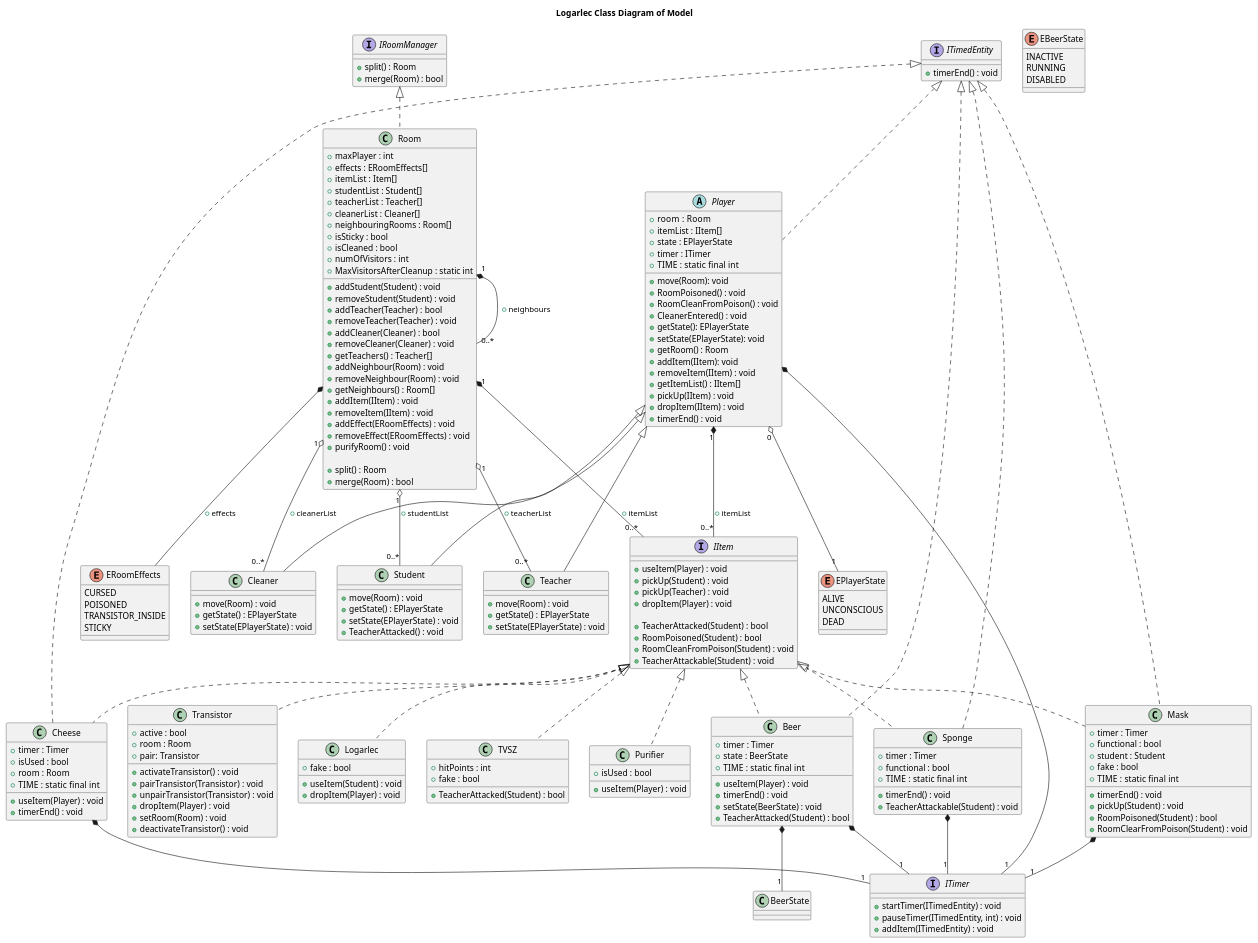
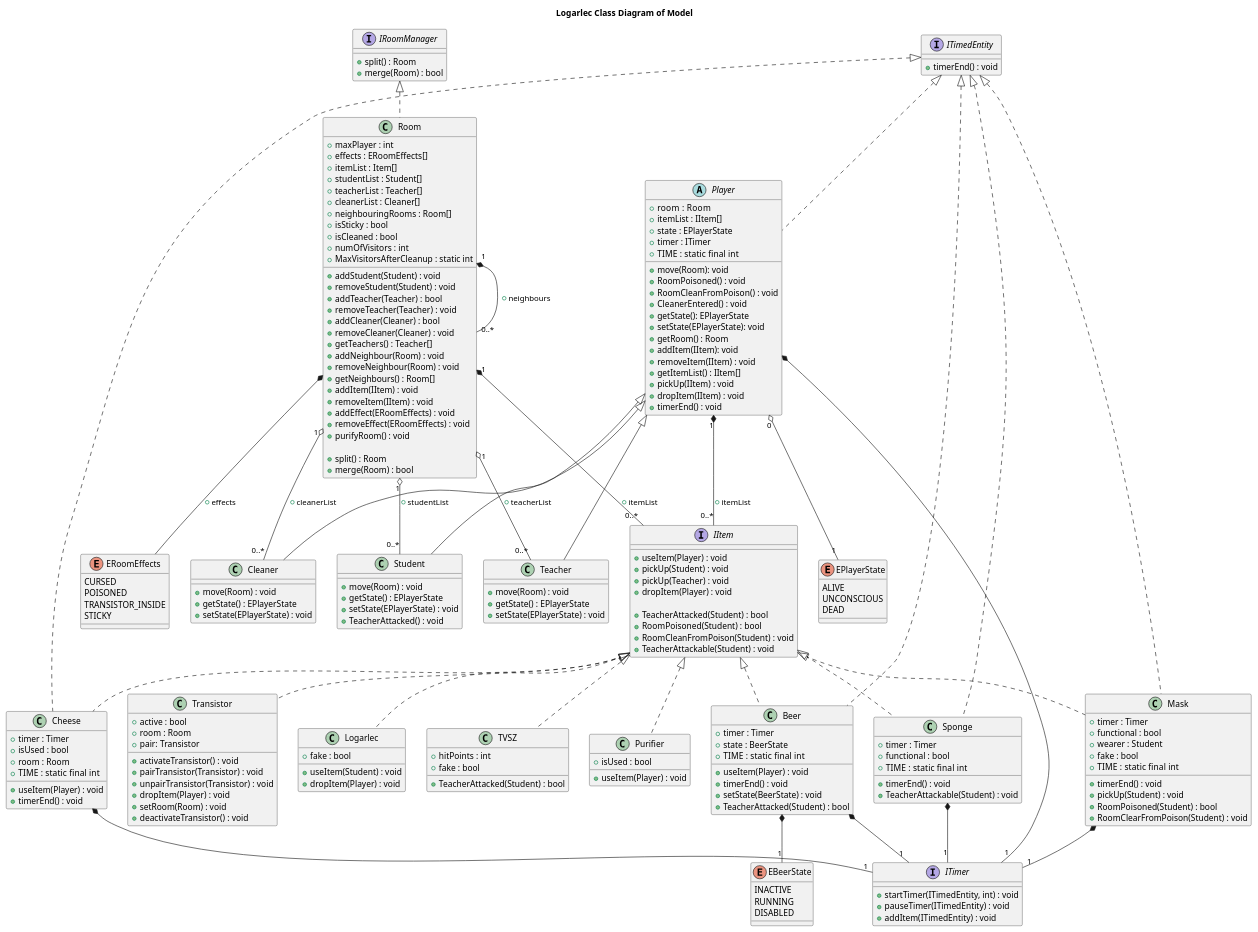
The diagram in docs/Class_UML.plantuml (MBakter/echo), drawn with PlantUML before and after one commit. The commit also changed 11 other files, not shown here.

Commit message:
Modified controller, classUML and added activity diagrams

```diff
--- a/docs/Class_UML.plantuml
+++ b/docs/Class_UML.plantuml
@@ -83,7 +83,7 @@
     + useItem(Player) : void
     + pickUp(Student) : void
     + pickUp(Teacher) : void
-    + dropItem(Player) : void
+    + dropItem(Player) : void 
 
     + TeacherAttacked(Student) : bool
     + RoomPoisoned(Student) : bool
@@ -118,8 +118,8 @@
 }
 
 interface ITimer {
-    + startTimer(ITimedEntity) : void
-    + pauseTimer(ITimedEntity, int) : void
+    + startTimer(ITimedEntity, int) : void
+    + pauseTimer(ITimedEntity) : void
     + addItem(ITimedEntity) : void
 }
 
@@ -163,13 +163,13 @@
     + setState(BeerState) : void
     + TeacherAttacked(Student) : bool
 }
-Beer *-- "1" BeerState
+Beer *-- "1" EBeerState
 Beer *--"1" ITimer
 
 class Mask implements IItem, ITimedEntity  {
     + timer : Timer
     + functional : bool
-    + student : Student
+    + wearer : Student
     + fake : bool
     + TIME  : static final int
 
```
